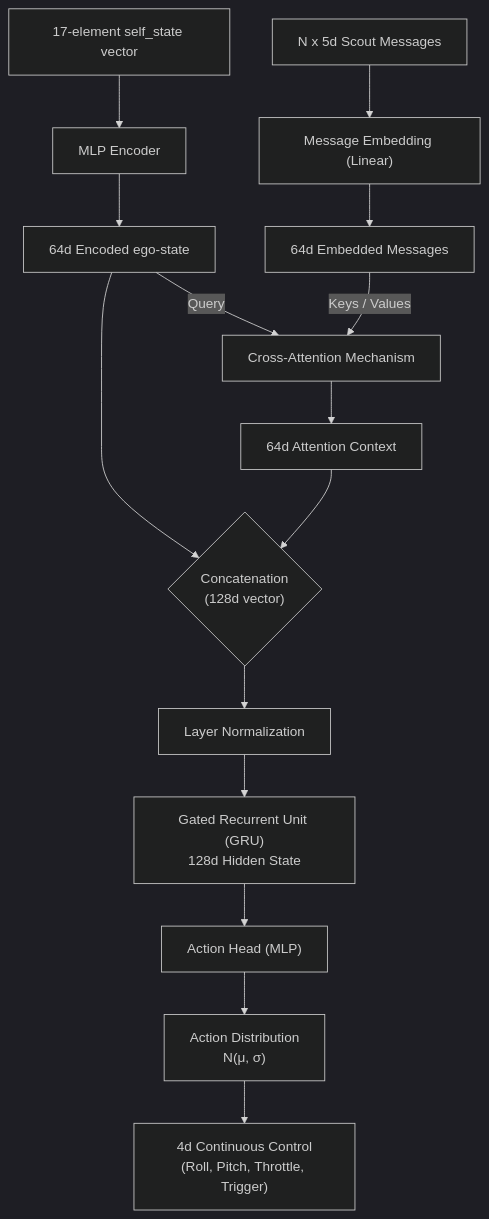
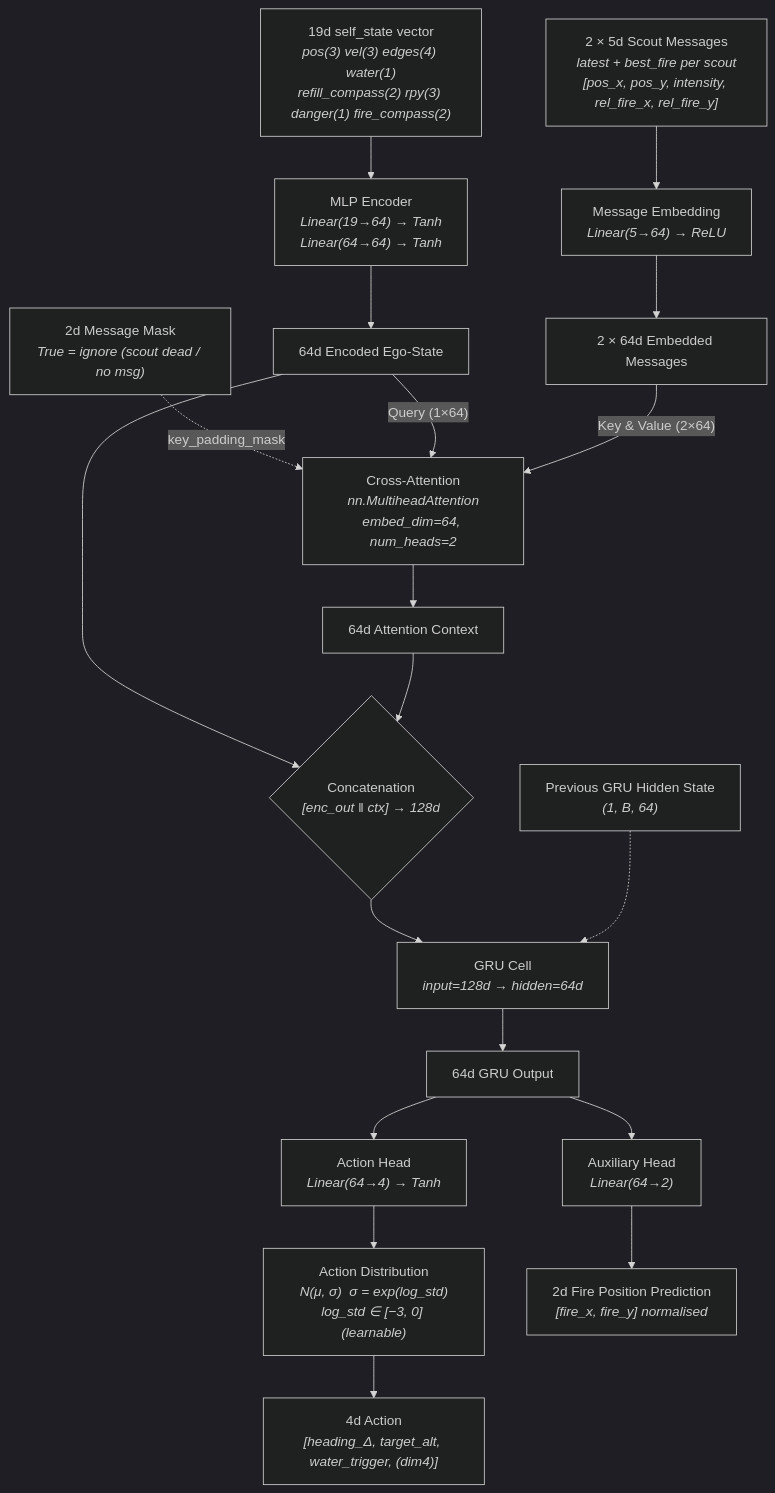
One commit to Filda99/DP changed the diagram in drawings/commander_network_architecture.mmd. Above: the diagram before and after it, drawn with Mermaid (dark theme).

Commit message:
Updated commander network arch.

```diff
--- a/drawings/commander_network_architecture.mmd
+++ b/drawings/commander_network_architecture.mmd
@@ -1,41 +1,61 @@
 graph TD
-    %% Definice vstupů (Žlutá)
-    SelfState["17-element self_state vector"]
-    ScoutMsgs["N x 5d Scout Messages"]
+    %% =====================================================================
+    %% CommanderActor — Fixed-Wing Network Architecture (Phase 6)
+    %% Source: src/models.py — class CommanderActor
+    %% =====================================================================
 
-    %% Definice procesů (Červená)
-    MLPEnc["MLP Encoder"]
-    MsgEmb["Message Embedding (Linear)"]
-    CrossAttn["Cross-Attention Mechanism"]
-    Concat{"Concatenation<br>(128d vector)"}
-    LayerNorm["Layer Normalization"]
-    GRU["Gated Recurrent Unit (GRU)<br>128d Hidden State"]
-    ActHead["Action Head (MLP)"]
+    %% ── Vstupy ──
+    SelfState["19d self_state vector<br><i>pos(3) vel(3) edges(4) water(1)<br>refill_compass(2) rpy(3) danger(1) fire_compass(2)</i>"]
+    ScoutMsgs["2 × 5d Scout Messages<br><i>latest + best_fire per scout</i><br><i>[pos_x, pos_y, intensity, rel_fire_x, rel_fire_y]</i>"]
+    MsgMask["2d Message Mask<br><i>True = ignore (scout dead / no msg)</i>"]
+    PrevHidden["Previous GRU Hidden State<br><i>(1, B, 64)</i>"]
 
-    %% Definice mezivýstupů (Modrá)
-    EncState["64d Encoded ego-state"]
-    EmbMsgs["64d Embedded Messages"]
+    %% ── Encoder větev ──
+    MLPEnc["MLP Encoder<br><i>Linear(19→64) → Tanh<br>Linear(64→64) → Tanh</i>"]
+    EncState["64d Encoded Ego-State"]
+
+    %% ── Message větev ──
+    MsgEmb["Message Embedding<br><i>Linear(5→64) → ReLU</i>"]
+    EmbMsgs["2 × 64d Embedded Messages"]
+
+    %% ── Cross-Attention ──
+    CrossAttn["Cross-Attention<br><i>nn.MultiheadAttention<br>embed_dim=64, num_heads=2</i>"]
     Context["64d Attention Context"]
 
-    %% Finální výstupy (Bílá/Zelená)
-    ActDist["Action Distribution<br>N(μ, σ)"]
-    ActionOut["4d Continuous Control<br>(Roll, Pitch, Throttle, Trigger)"]
+    %% ── Fúze ──
+    Concat{"Concatenation<br><i>[enc_out ‖ ctx] → 128d</i>"}
 
-    %% Propojení - Vlastní stav
+    %% ── Paměť ──
+    GRU["GRU Cell<br><i>input=128d → hidden=64d</i>"]
+    Features["64d GRU Output"]
+
+    %% ── Výstupní hlavy ──
+    ActHead["Action Head<br><i>Linear(64→4) → Tanh</i>"]
+    ActDist["Action Distribution<br><i>N(μ, σ)  σ = exp(log_std)<br>log_std ∈ [−3, 0] (learnable)</i>"]
+    ActionOut["4d Action<br><i>[heading_Δ, target_alt, water_trigger, (dim4)]</i>"]
+
+    AuxHead["Auxiliary Head<br><i>Linear(64→2)</i>"]
+    AuxOut["2d Fire Position Prediction<br><i>[fire_x, fire_y] normalised</i>"]
+
+    %% ── Propojení: Encoder ──
     SelfState --> MLPEnc --> EncState
 
-    %% Propojení - Zprávy
+    %% ── Propojení: Zprávy ──
     ScoutMsgs --> MsgEmb --> EmbMsgs
+    MsgMask -.->|key_padding_mask| CrossAttn
 
-    %% Cross-Attention logika
-    EncState -->|Query| CrossAttn
-    EmbMsgs -->|Keys / Values| CrossAttn
+    %% ── Cross-Attention ──
+    EncState -->|"Query (1×64)"| CrossAttn
+    EmbMsgs -->|"Key & Value (2×64)"| CrossAttn
     CrossAttn --> Context
 
-    %% Fúze a Paměť (Obojí jde do Concat)
+    %% ── Fúze a GRU ──
     EncState --> Concat
     Context --> Concat
-    Concat --> LayerNorm --> GRU
+    Concat --> GRU
+    PrevHidden -.-> GRU
+    GRU --> Features
 
-    %% Výstup
-    GRU --> ActHead --> ActDist --> ActionOut
+    %% ── Výstupní hlavy ──
+    Features --> ActHead --> ActDist --> ActionOut
+    Features --> AuxHead --> AuxOut
```
